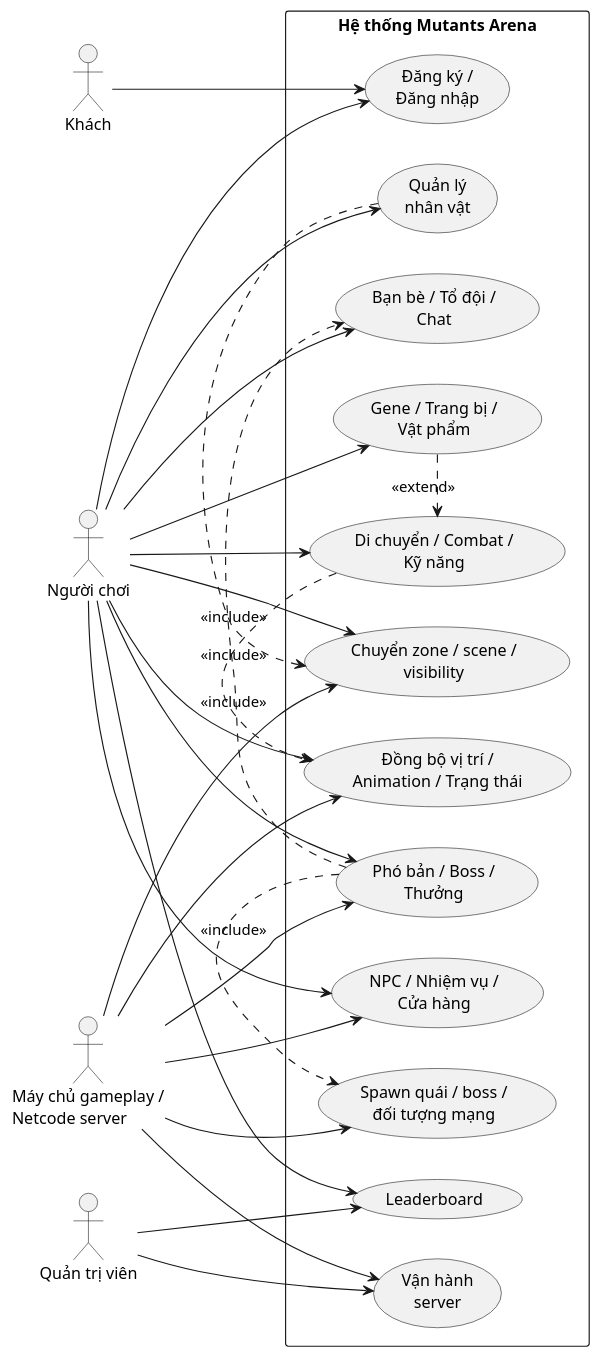
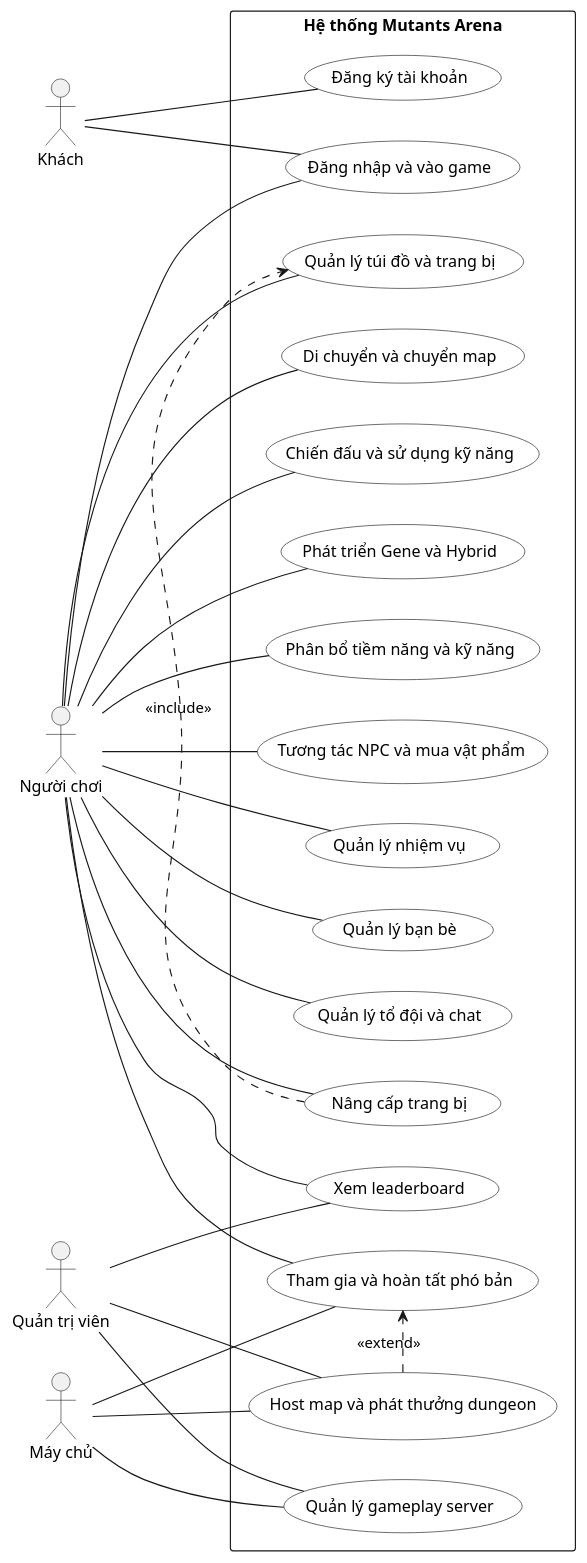
One commit to tranvanthuy271/DoAn changed the diagram in docs/UseCase/mutants_arena_usecase_overview.puml. Above: the diagram before and after it, drawn with PlantUML. The commit also changed other lines of this file and 229 other files, not shown here.

Commit message:
Add use case diagrams for task management, friend management, team management, dungeon participation, leaderboard viewing, gameplay server management, and dungeon reward hosting

```diff
--- a/docs/UseCase/mutants_arena_usecase_overview.puml
+++ b/docs/UseCase/mutants_arena_usecase_overview.puml
@@ -3,52 +1,53 @@
-@startuml MutantsArenaOverview
+@startuml
 left to right direction
-skinparam monochrome true
 skinparam shadowing false
-skinparam defaultFontName "Times New Roman"
-skinparam packageStyle rectangle
-
+skinparam usecase {
+  BackgroundColor white
+  BorderColor black
+}
 actor "Khách" as Guest
 actor "Người chơi" as Player
 actor "Quản trị viên" as Admin
-actor "Máy chủ gameplay /\nNetcode server" as Server
-
+actor "Máy chủ" as Server
 rectangle "Hệ thống Mutants Arena" {
-  usecase "Đăng ký /\nĐăng nhập" as UAuth
-  usecase "Quản lý\nnhân vật" as UCharacter
-  usecase "Di chuyển / Combat /\nKỹ năng" as UCombat
-  usecase "Gene / Trang bị /\nVật phẩm" as UProgression
-  usecase "NPC / Nhiệm vụ /\nCửa hàng" as UContent
-  usecase "Bạn bè / Tổ đội /\nChat" as USocial
-  usecase "Phó bản / Boss /\nThưởng" as UDungeon
-  usecase "Đồng bộ vị trí /\nAnimation / Trạng thái" as USync
-  usecase "Chuyển zone / scene /\nvisibility" as UZone
-  usecase "Spawn quái / boss /\nđối tượng mạng" as URuntime
-  usecase "Leaderboard" as ULeaderboard
-  usecase "Vận hành\nserver" as UOps
+  usecase "Đăng ký tài khoản" as UC01
+  usecase "Đăng nhập và vào game" as UC02
+  usecase "Di chuyển và chuyển map" as UC03
+  usecase "Chiến đấu và sử dụng kỹ năng" as UC04
+  usecase "Quản lý túi đồ và trang bị" as UC05
+  usecase "Nâng cấp trang bị" as UC06
+  usecase "Phát triển Gene và Hybrid" as UC07
+  usecase "Phân bổ tiềm năng và kỹ năng" as UC08
+  usecase "Tương tác NPC và mua vật phẩm" as UC09
+  usecase "Quản lý nhiệm vụ" as UC10
+  usecase "Quản lý bạn bè" as UC11
+  usecase "Quản lý tổ đội và chat" as UC12
+  usecase "Tham gia và hoàn tất phó bản" as UC13
+  usecase "Xem leaderboard" as UC14
+  usecase "Quản lý gameplay server" as UC15
+  usecase "Host map và phát thưởng dungeon" as UC16
+  UC06 .> UC05 : <<include>>
+  UC16 .> UC13 : <<extend>>
 }
-
-Guest --> UAuth
-Player --> UAuth
-Player --> UCharacter
-Player --> UCombat
-Player --> UProgression
-Player --> UContent
-Player --> USocial
-Player --> UDungeon
-Player --> USync
-Player --> UZone
-Player --> ULeaderboard
-Admin --> ULeaderboard
-Admin --> UOps
-Server --> UContent
-Server --> UDungeon
-Server --> USync
-Server --> UZone
-Server --> URuntime
-Server --> UOps
-UCombat .> USync : <<include>>
-UDungeon .> URuntime : <<include>>
-UCharacter .> UZone : <<include>>
-UDungeon .> USocial : <<include>>
-UProgression .> UCombat : <<extend>>
+Guest -- UC01
+Guest -- UC02
+Player -- UC02
+Player -- UC03
+Player -- UC04
+Player -- UC05
+Player -- UC06
+Player -- UC07
+Player -- UC08
+Player -- UC09
+Player -- UC10
+Player -- UC11
+Player -- UC12
+Player -- UC13
+Server -- UC13
+Player -- UC14
+Admin -- UC14
+Admin -- UC15
+Server -- UC15
+Admin -- UC16
+Server -- UC16
 @enduml
```
